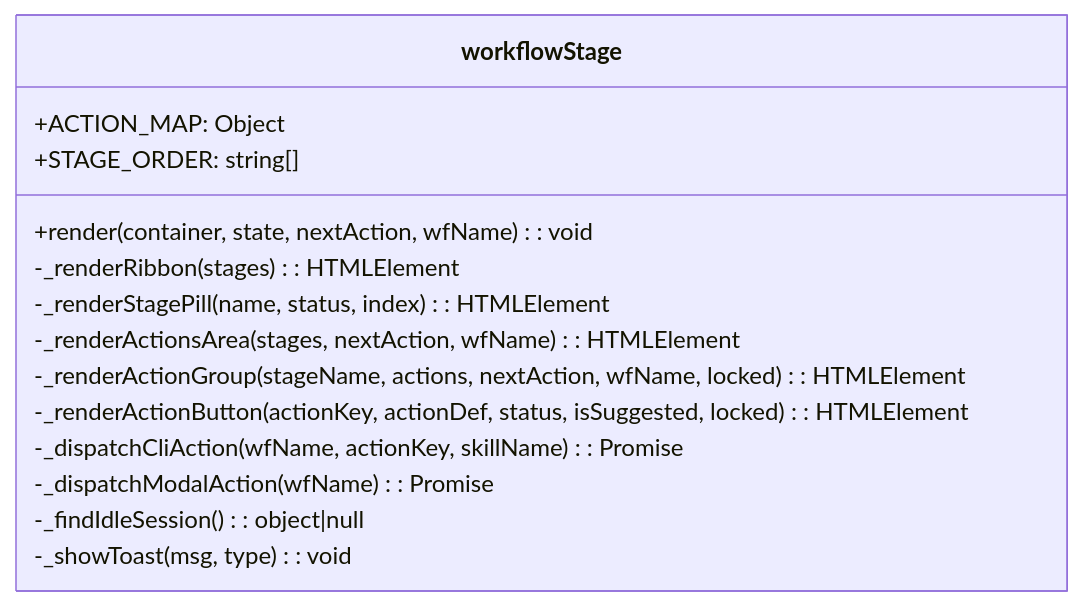
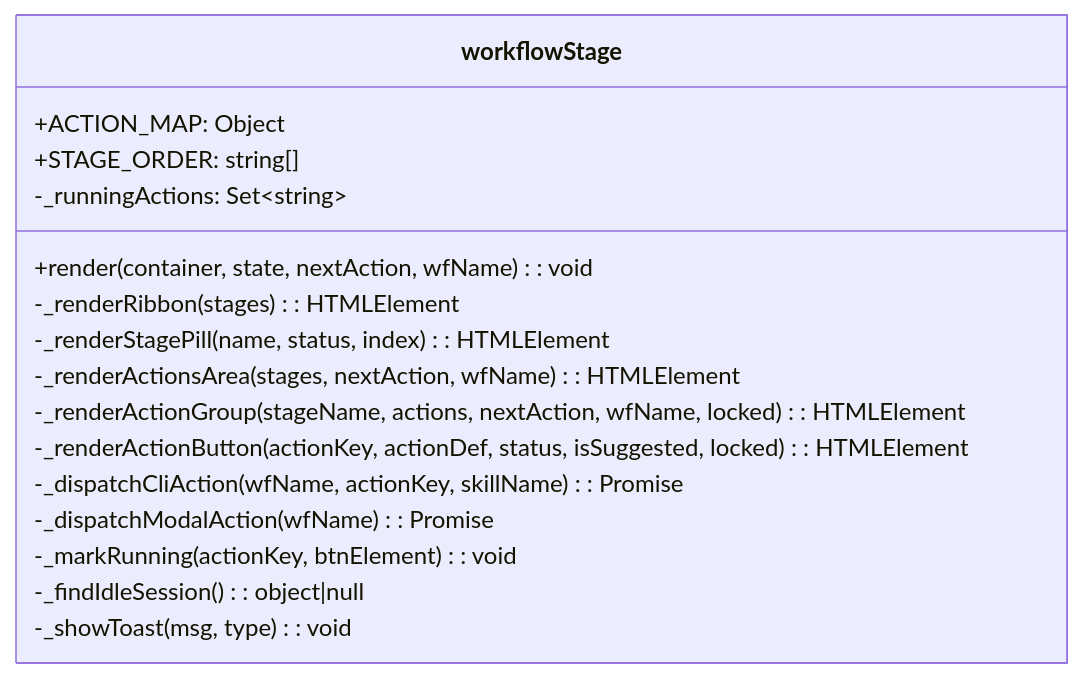
The second of 2 diagrams in x-ipe-docs/requirements/EPIC-036/FEATURE-036-C/technical-design.md (Young-Z/X-IPE), drawn with Mermaid before and after one commit. The commit also changed other lines of this file and 177 other files, not shown here.

````diff
--- a/x-ipe-docs/requirements/EPIC-036/FEATURE-036-C/technical-design.md
+++ b/x-ipe-docs/requirements/EPIC-036/FEATURE-036-C/technical-design.md
@@ -102,17 +110,19 @@
 ```mermaid
 classDiagram
     class workflowStage {
         +ACTION_MAP: Object
         +STAGE_ORDER: string[]
+        -_runningActions: Set~string~
         +render(container, state, nextAction, wfName): void
         -_renderRibbon(stages): HTMLElement
         -_renderStagePill(name, status, index): HTMLElement
         -_renderActionsArea(stages, nextAction, wfName): HTMLElement
         -_renderActionGroup(stageName, actions, nextAction, wfName, locked): HTMLElement
         -_renderActionButton(actionKey, actionDef, status, isSuggested, locked): HTMLElement
         -_dispatchCliAction(wfName, actionKey, skillName): Promise
         -_dispatchModalAction(wfName): Promise
+        -_markRunning(actionKey, btnElement): void
         -_findIdleSession(): object|null
         -_showToast(msg, type): void
     }
 ```
````
